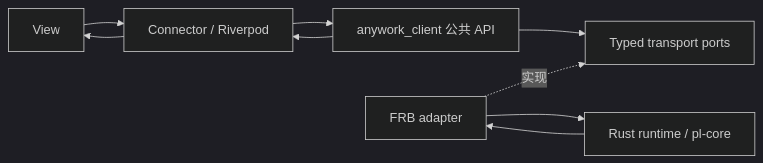
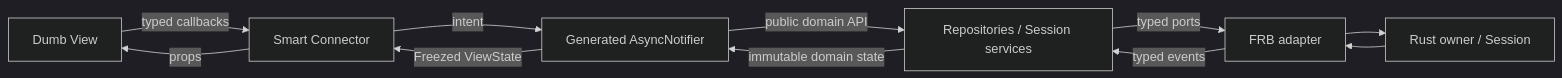
The diagram in design/25-frontend-state.md (ZR233/anywork), drawn with Mermaid (dark theme) before and after one commit. The commit also changed other lines of this file and 11 other files, not shown here.

````diff
--- a/design/25-frontend-state.md
+++ b/design/25-frontend-state.md
@@ -11,11 +13,13 @@
 ```mermaid
 flowchart LR
-  V[View] --> C[Connector / Riverpod]
-  C --> A[anywork_client 公共 API]
-  A --> P[Typed transport ports]
-  F[FRB adapter] -.实现.-> P
-  F --> R[Rust runtime / pl-core]
+  W[Dumb View] -->|typed callbacks| C[Smart Connector]
+  C -->|intent| V[Generated AsyncNotifier]
+  V -->|public domain API| D[Repositories / Session services]
+  F[FRB adapter] -->|typed events| D
+  D -->|typed ports| F
+  F --> R[Rust owner / Session]
   R --> F
-  A --> C
-  C --> V
+  D -->|immutable domain state| V
+  V -->|Freezed ViewState| C
+  C -->|props| W
 ```
````
